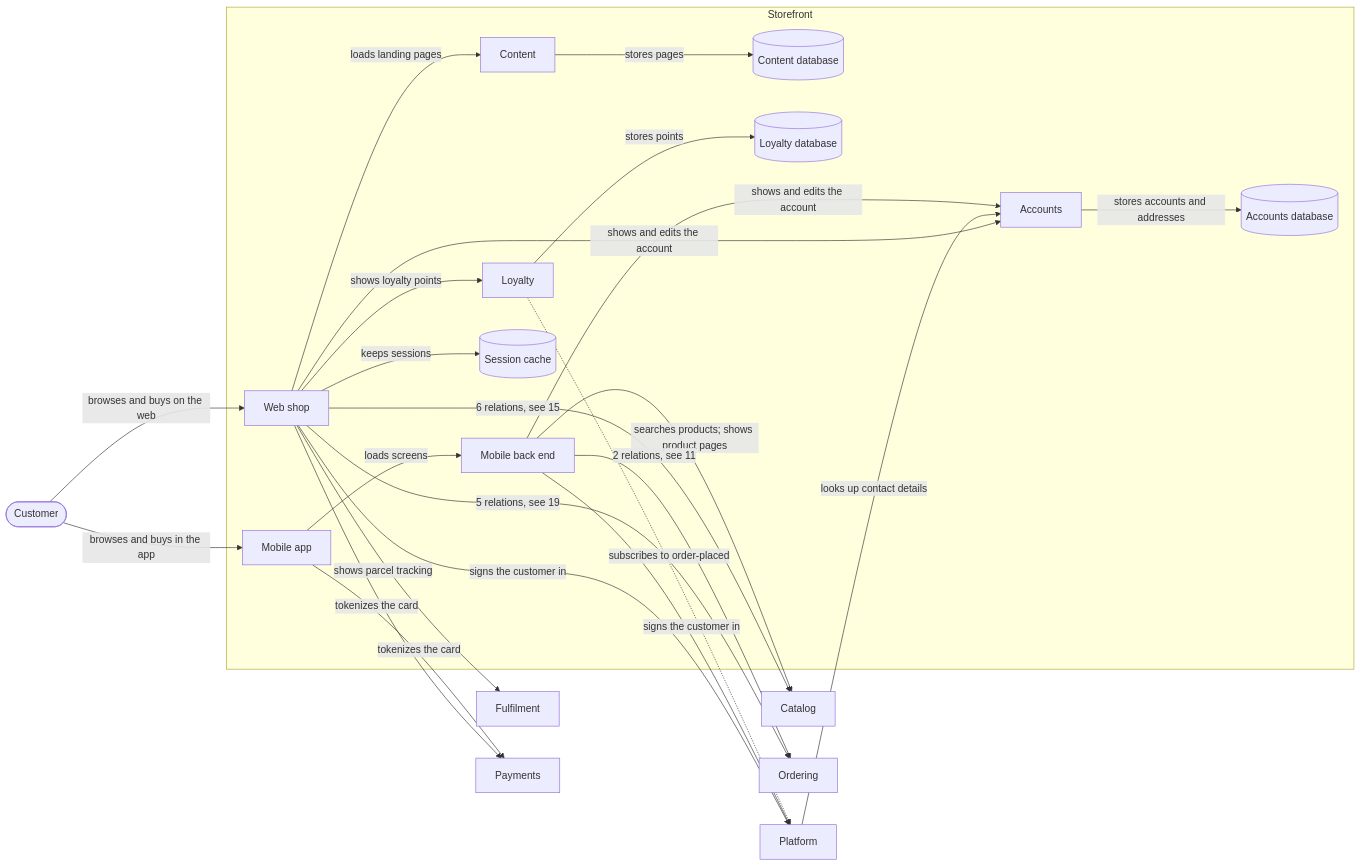
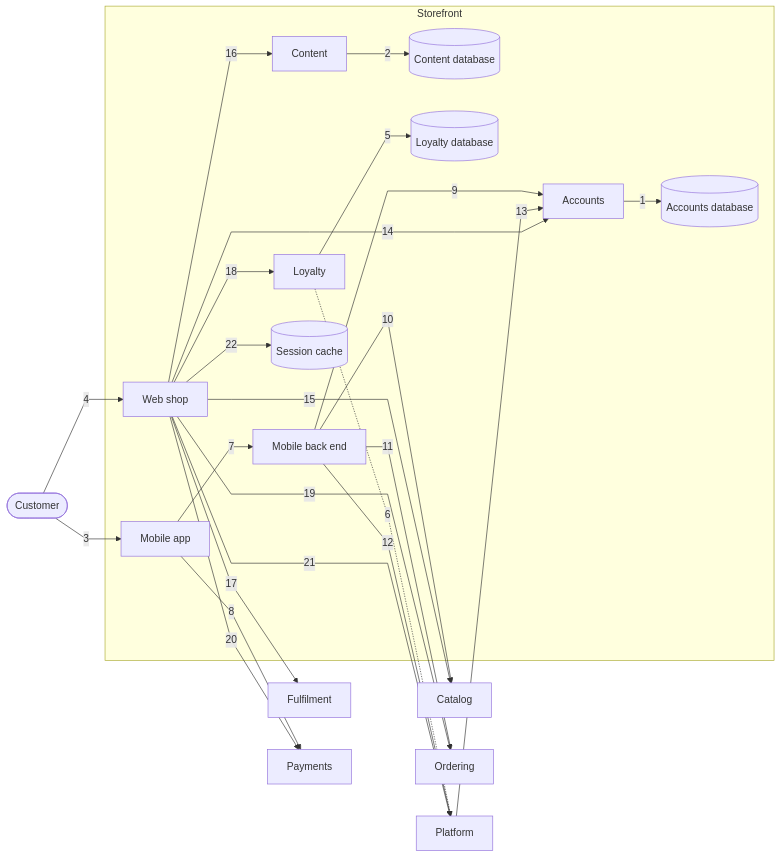
The diagram in examples/reference-system/views/mermaid/storefront.md (shady2k/madarch), drawn with Mermaid before and after one commit. The commit also changed other lines of this file and 18 other files, not shown here.

First line of the commit message:
Number Mermaid arrows and list every relation in the table under them

````diff
--- a/examples/reference-system/views/mermaid/storefront.md
+++ b/examples/reference-system/views/mermaid/storefront.md
@@ -3,43 +3,44 @@
 ```mermaid
+%%{init: {"flowchart": {"curve": "linear"}}}%%
 flowchart LR
   subgraph storefront ["Storefront"]
     accounts_api["Accounts"]
     accounts_db[("Accounts database")]
     content_api["Content"]
     content_db[("Content database")]
     loyalty_api["Loyalty"]
     loyalty_db[("Loyalty database")]
     mobile_app["Mobile app"]
     mobile_bff["Mobile back end"]
     session_cache[("Session cache")]
     web_shop["Web shop"]
   end
   catalog["Catalog"]
   customer(["Customer"])
   fulfilment["Fulfilment"]
   ordering["Ordering"]
   payments["Payments"]
   platform["Platform"]
-  accounts_api -->|"stores accounts and addresses"| accounts_db
-  content_api -->|"stores pages"| content_db
-  customer -->|"browses and buys in the app"| mobile_app
-  customer -->|"browses and buys on the web"| web_shop
-  loyalty_api -->|"stores points"| loyalty_db
-  loyalty_api -.->|"subscribes to order-placed"| platform
-  mobile_app -->|"loads screens"| mobile_bff
-  mobile_app -->|"tokenizes the card"| payments
-  mobile_bff -->|"shows and edits the account"| accounts_api
-  mobile_bff -->|"searches products; shows product pages"| catalog
-  mobile_bff -->|"2 relations, see 11"| ordering
-  mobile_bff -->|"signs the customer in"| platform
-  platform -->|"looks up contact details"| accounts_api
-  web_shop -->|"shows and edits the account"| accounts_api
-  web_shop -->|"6 relations, see 15"| catalog
-  web_shop -->|"loads landing pages"| content_api
-  web_shop -->|"shows parcel tracking"| fulfilment
-  web_shop -->|"shows loyalty points"| loyalty_api
-  web_shop -->|"5 relations, see 19"| ordering
-  web_shop -->|"tokenizes the card"| payments
-  web_shop -->|"signs the customer in"| platform
-  web_shop -->|"keeps sessions"| session_cache
+  accounts_api -->|"1"| accounts_db
+  content_api -->|"2"| content_db
+  customer -->|"3"| mobile_app
+  customer -->|"4"| web_shop
+  loyalty_api -->|"5"| loyalty_db
+  loyalty_api -.->|"6"| platform
+  mobile_app -->|"7"| mobile_bff
+  mobile_app -->|"8"| payments
+  mobile_bff -->|"9"| accounts_api
+  mobile_bff -->|"10"| catalog
+  mobile_bff -->|"11"| ordering
+  mobile_bff -->|"12"| platform
+  platform -->|"13"| accounts_api
+  web_shop -->|"14"| accounts_api
+  web_shop -->|"15"| catalog
+  web_shop -->|"16"| content_api
+  web_shop -->|"17"| fulfilment
+  web_shop -->|"18"| loyalty_api
+  web_shop -->|"19"| ordering
+  web_shop -->|"20"| payments
+  web_shop -->|"21"| platform
+  web_shop -->|"22"| session_cache
 ```
````
